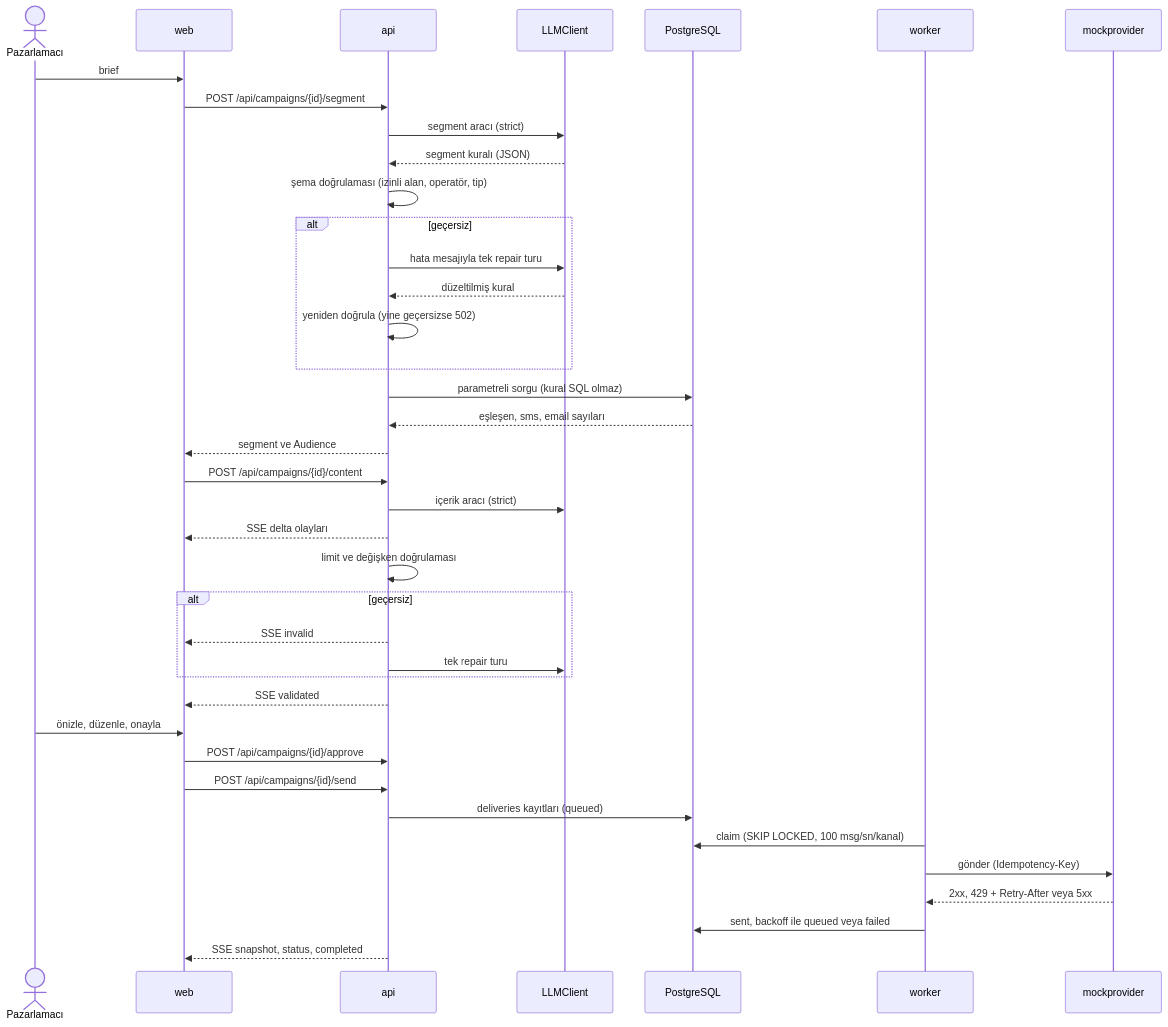
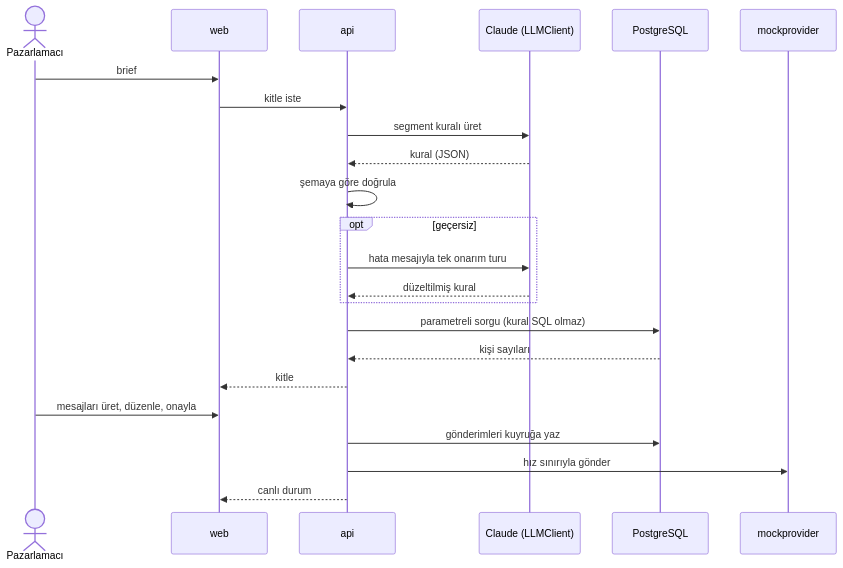
The first of 3 diagrams in README.md (gulcint/smart-campaign-composer), drawn with Mermaid before and after one commit. The commit also changed other lines of this file, not shown here.

First line of the commit message:
docs(docs): rewrite the README as a product and architecture guide

````diff
--- a/README.md
+++ b/README.md
@@ -74,42 +19,26 @@
 ```mermaid
 sequenceDiagram
   actor M as Pazarlamacı
   participant W as web
   participant A as api
-  participant L as LLMClient
+  participant L as Claude (LLMClient)
   participant D as PostgreSQL
-  participant K as worker
   participant P as mockprovider
 
   M->>W: brief
-  W->>A: POST /api/campaigns/{id}/segment
-  A->>L: segment aracı (strict)
-  L-->>A: segment kuralı (JSON)
-  A->>A: şema doğrulaması (izinli alan, operatör, tip)
-  alt geçersiz
-    A->>L: hata mesajıyla tek repair turu
+  W->>A: kitle iste
+  A->>L: segment kuralı üret
+  L-->>A: kural (JSON)
+  A->>A: şemaya göre doğrula
+  opt geçersiz
+    A->>L: hata mesajıyla tek onarım turu
     L-->>A: düzeltilmiş kural
-    A->>A: yeniden doğrula (yine geçersizse 502)
   end
   A->>D: parametreli sorgu (kural SQL olmaz)
-  D-->>A: eşleşen, sms, email sayıları
-  A-->>W: segment ve Audience
-  W->>A: POST /api/campaigns/{id}/content
-  A->>L: içerik aracı (strict)
-  A-->>W: SSE delta olayları
-  A->>A: limit ve değişken doğrulaması
-  alt geçersiz
-    A-->>W: SSE invalid
-    A->>L: tek repair turu
-  end
-  A-->>W: SSE validated
-  M->>W: önizle, düzenle, onayla
-  W->>A: POST /api/campaigns/{id}/approve
-  W->>A: POST /api/campaigns/{id}/send
-  A->>D: deliveries kayıtları (queued)
-  K->>D: claim (SKIP LOCKED, 100 msg/sn/kanal)
-  K->>P: gönder (Idempotency-Key)
-  P-->>K: 2xx, 429 + Retry-After veya 5xx
-  K->>D: sent, backoff ile queued veya failed
-  A-->>W: SSE snapshot, status, completed
+  D-->>A: kişi sayıları
+  A-->>W: kitle
+  M->>W: mesajları üret, düzenle, onayla
+  A->>D: gönderimleri kuyruğa yaz
+  A->>P: hız sınırıyla gönder
+  A-->>W: canlı durum
 ```
````
